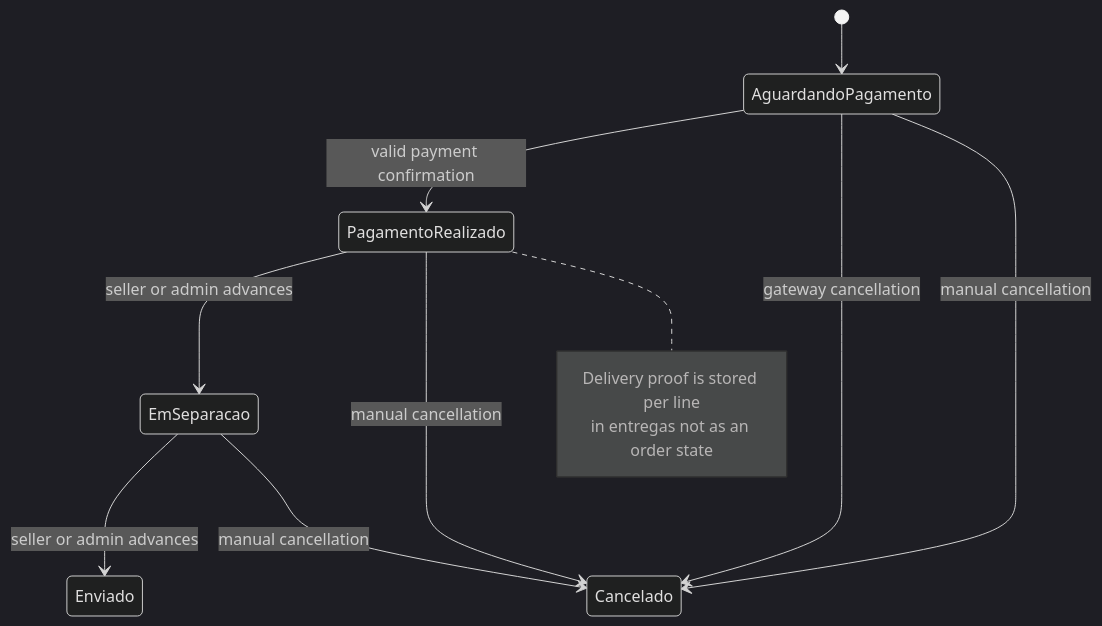
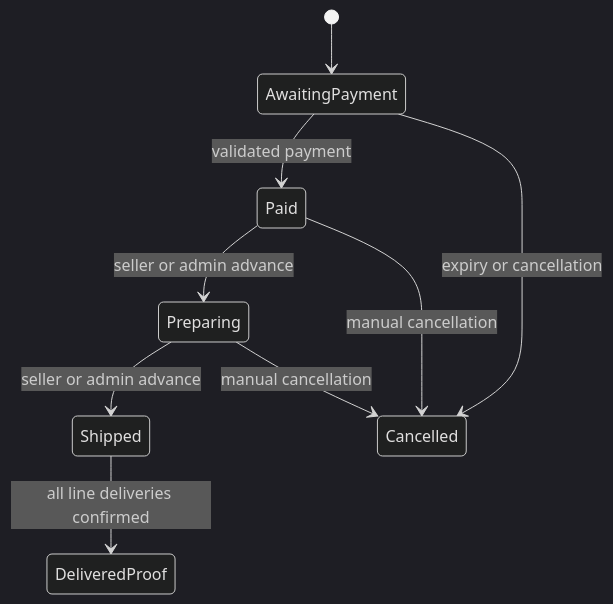
The second of 2 diagrams in openwiki/workflows/checkout-payment-and-order-lifecycle.md (Schneider-Gr/industria24hIA), drawn with Mermaid (dark theme) before and after one commit. The commit also changed other lines of this file and 32 other files, not shown here.

````diff
--- a/openwiki/workflows/checkout-payment-and-order-lifecycle.md
+++ b/openwiki/workflows/checkout-payment-and-order-lifecycle.md
@@ -141,15 +148,11 @@
 ```mermaid
 stateDiagram-v2
-    [*] --> AguardandoPagamento
-    AguardandoPagamento --> PagamentoRealizado: valid payment confirmation
-    PagamentoRealizado --> EmSeparacao: seller or admin advances
-    EmSeparacao --> Enviado: seller or admin advances
-    AguardandoPagamento --> Cancelado: gateway cancellation
-    AguardandoPagamento --> Cancelado: manual cancellation
-    PagamentoRealizado --> Cancelado: manual cancellation
-    EmSeparacao --> Cancelado: manual cancellation
-    note right of PagamentoRealizado
-      Delivery proof is stored per line
-      in entregas not as an order state
-    end note
+    [*] --> AwaitingPayment
+    AwaitingPayment --> Paid: validated payment
+    Paid --> Preparing: seller or admin advance
+    Preparing --> Shipped: seller or admin advance
+    AwaitingPayment --> Cancelled: expiry or cancellation
+    Paid --> Cancelled: manual cancellation
+    Preparing --> Cancelled: manual cancellation
+    Shipped --> DeliveredProof: all line deliveries confirmed
 ```
````
